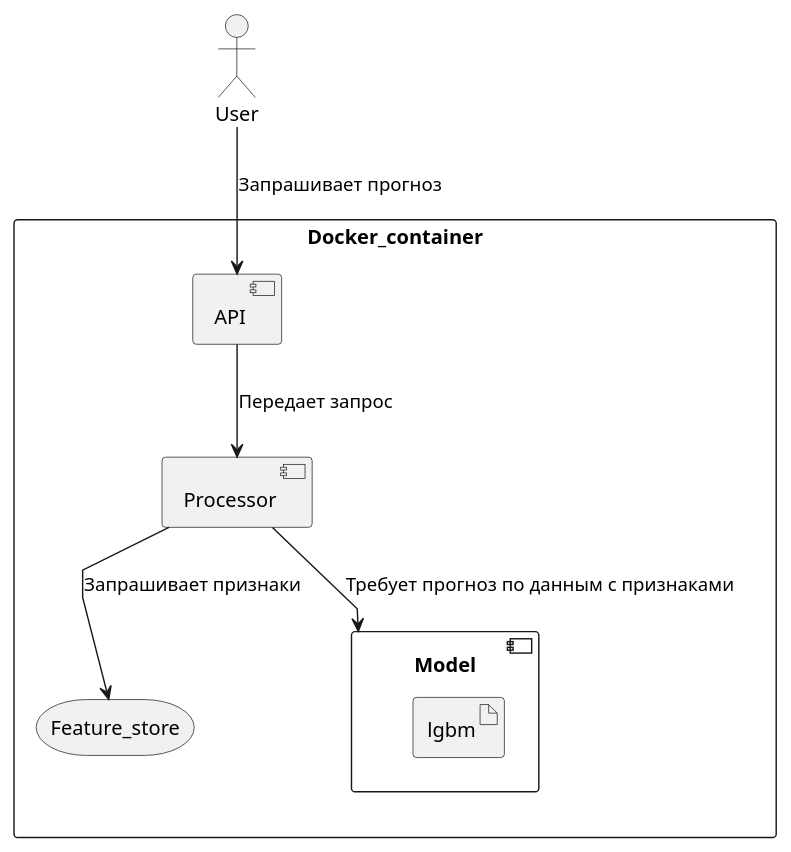
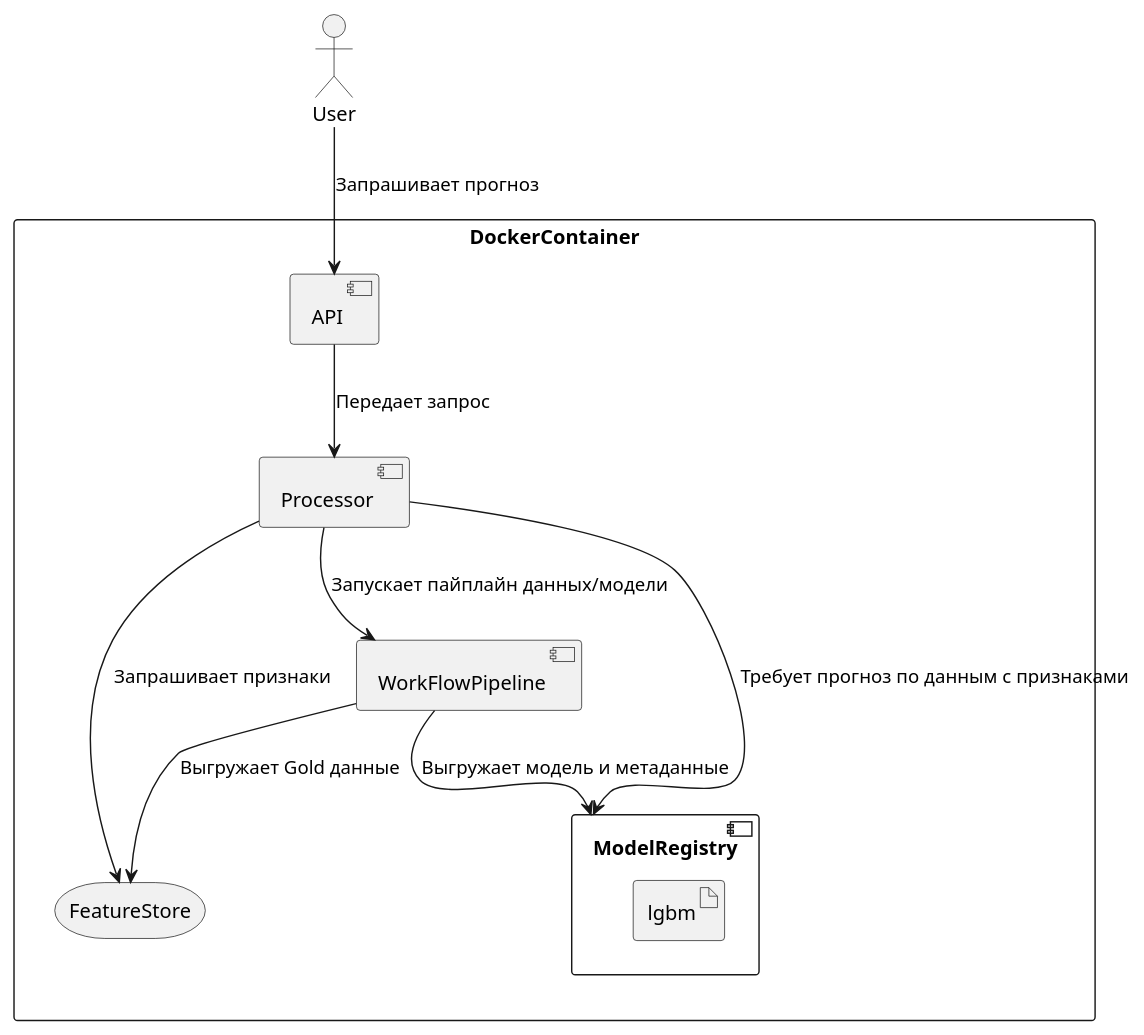
Before and after one commit to EHoTuK1/ml-tabular-pfs: the diagram in docs/uml/deployment.puml, drawn with PlantUML. The commit also changed 1 other file, not shown here.

Commit message:
На диаграммы добавлен WorkFlowPipeline

```diff
--- a/docs/uml/deployment.puml
+++ b/docs/uml/deployment.puml
@@ -1,21 +1,25 @@
 @startuml deployment
 top to bottom direction
-skinparam linetype polyline
+' skinparam linetype polyline
 
 actor User
-rectangle Docker_container {
+rectangle DockerContainer {
     component API
-    component Model {
+    component ModelRegistry {
         artifact lgbm
     }
     component Processor
-    storage Feature_store
+    storage FeatureStore
+    component WorkFlowPipeline
 }
 
 User --> API : Запрашивает прогноз
 API --> Processor : Передает запрос
-Processor --> Feature_store : Запрашивает признаки
-Processor --> Model : Требует прогноз по данным c признаками
+Processor --> FeatureStore : Запрашивает признаки
+Processor --> ModelRegistry : Требует прогноз по данным c признаками
+Processor --> WorkFlowPipeline : Запускает пайплайн данных/модели
+WorkFlowPipeline --> FeatureStore : Выгружает Gold данные
+WorkFlowPipeline --> ModelRegistry : Выгружает модель и метаданные
 
 
 @enduml
```
